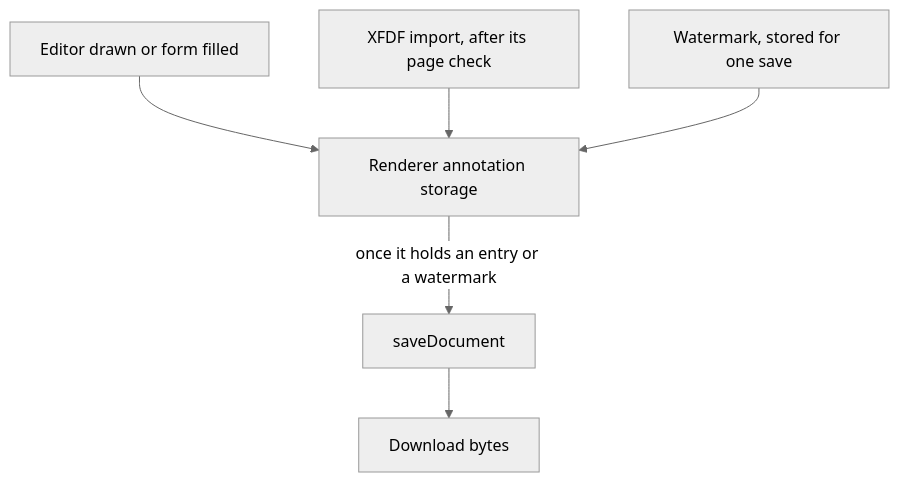
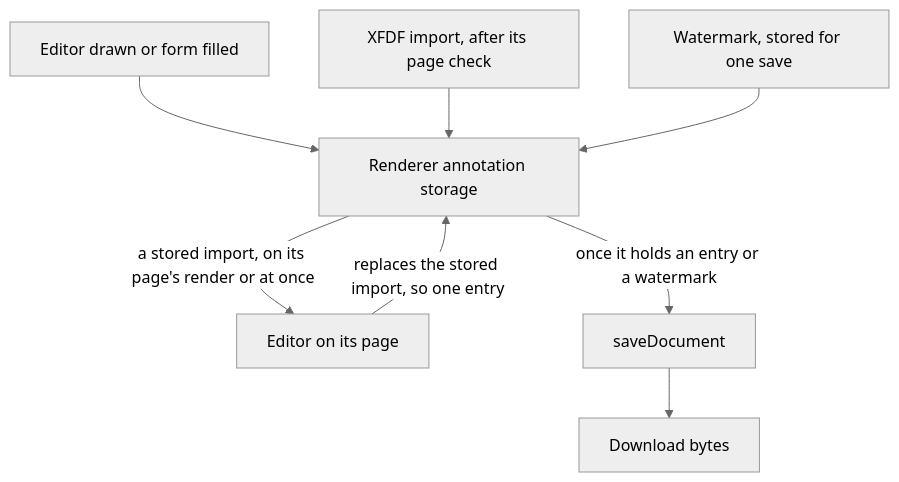
Before and after one commit to Esposter/Esposter: the diagram in openspec/specs/vue-pdfjs-headless/annotations/design.md, drawn with Mermaid (neutral theme). The commit also changed other lines of this file and 12 other files, not shown here.

First line of the commit message:
fix(vue-pdfjs-headless): an imported free text is drawn on its page and saved once

````diff
--- a/openspec/specs/vue-pdfjs-headless/annotations/design.md
+++ b/openspec/specs/vue-pdfjs-headless/annotations/design.md
@@ -11,8 +11,10 @@
 ```mermaid
 flowchart TD
   drawn["Editor drawn or form filled"] --> storage["Renderer annotation storage"]
   xfdf["XFDF import, after its page check"] --> storage
   watermark["Watermark, stored for one save"] --> storage
+  storage -->|"a stored import, on its page's render or at once"| editor["Editor on its page"]
+  editor -->|"replaces the stored import, so one entry"| storage
   storage -->|"once it holds an entry or a watermark"| save["saveDocument"]
   save --> bytes["Download bytes"]
 ```
````
